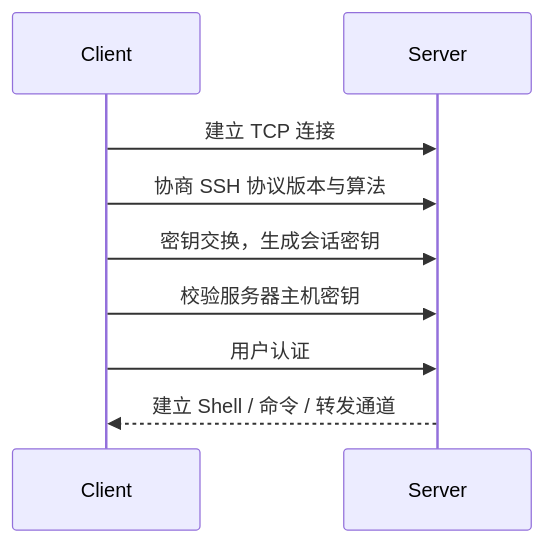
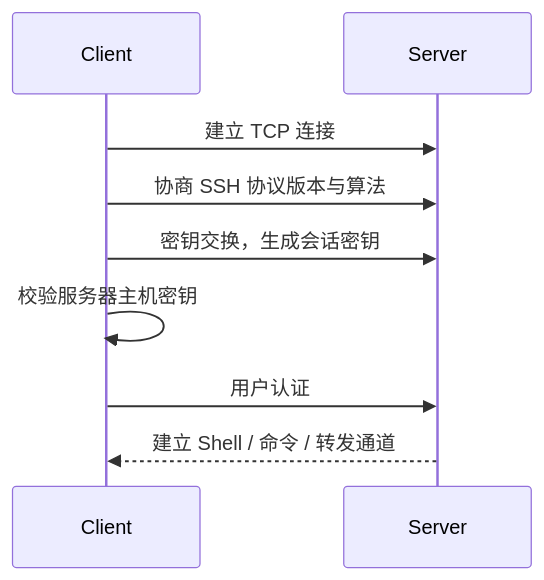
The third of 5 diagrams in docs/public/cs/ssh-overview.md (gsjz/notebook), drawn with Mermaid before and after one commit. The commit also changed other lines of this file and 23 other files, not shown here.

````diff
--- a/docs/public/cs/ssh-overview.md
+++ b/docs/public/cs/ssh-overview.md
@@ -94,11 +88,11 @@
 ```mermaid
 sequenceDiagram
   participant C as Client
   participant S as Server
   C->>S: 建立 TCP 连接
   C->>S: 协商 SSH 协议版本与算法
   C->>S: 密钥交换，生成会话密钥
-  C->>S: 校验服务器主机密钥
+  C->>C: 校验服务器主机密钥
   C->>S: 用户认证
   S-->>C: 建立 Shell / 命令 / 转发通道
 ```
````
